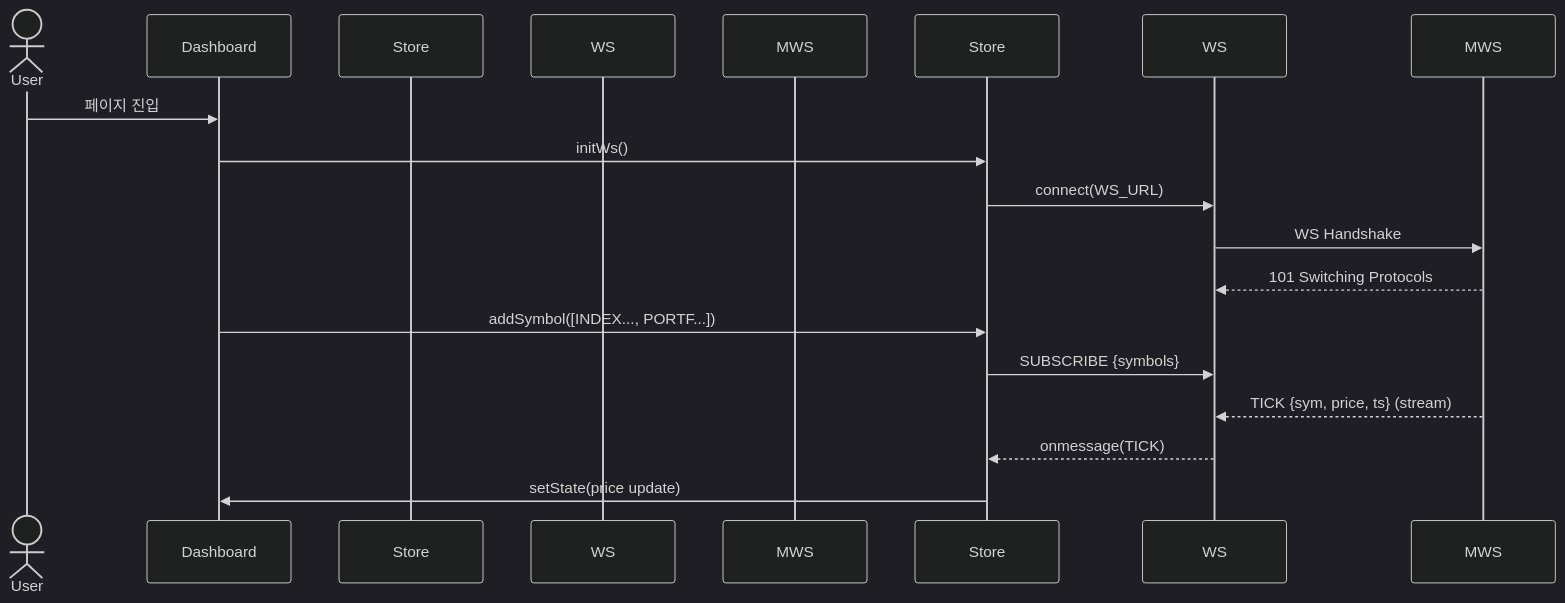
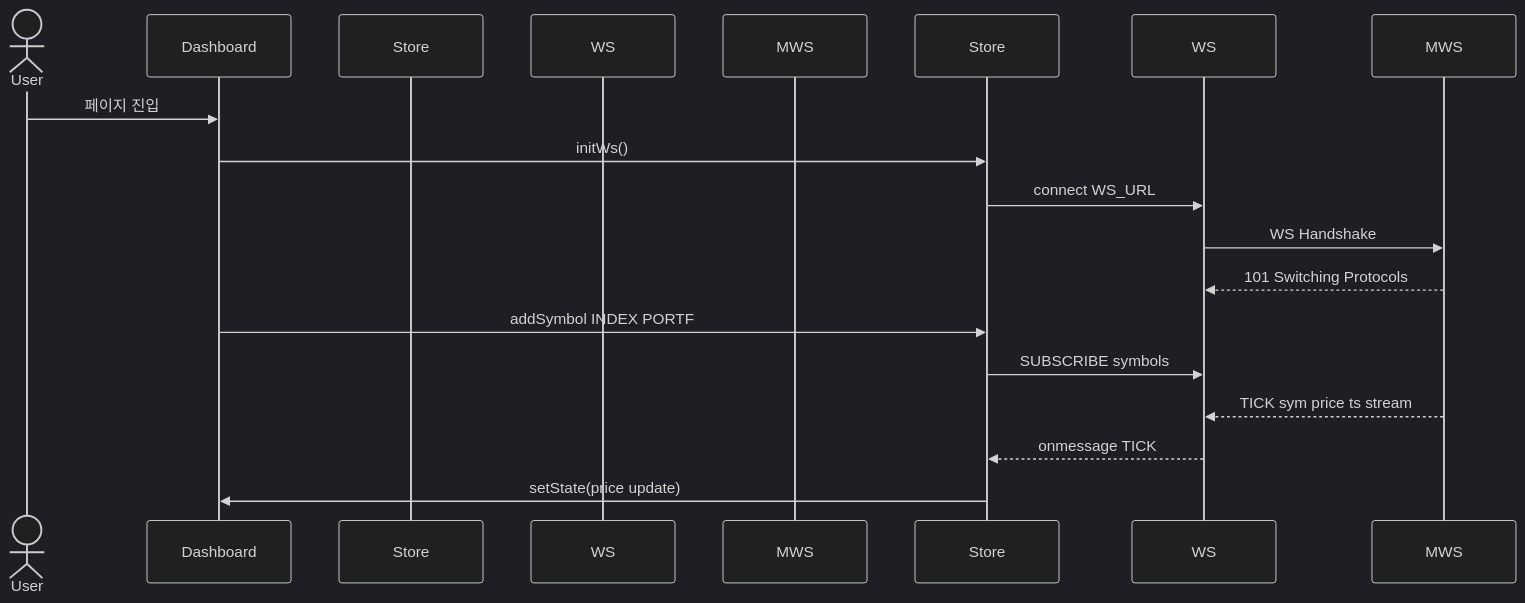
One commit to SKNETWORKS-FAMILY-AICAMP/SKN12-FINAL-2TEAM changed diagram 13 of 31 in FRONTEND_UML_SPECIFICATION.md. Above: the diagram before and after it, drawn with Mermaid (dark theme). The commit also changed other lines of this file, not shown here.

````diff
--- a/FRONTEND_UML_SPECIFICATION.md
+++ b/FRONTEND_UML_SPECIFICATION.md
@@ -650,19 +650,19 @@
 ```mermaid
 sequenceDiagram
     actor User
     participant Dashboard
     participant NasdaqStocksStore as Store
     participant WSClient as WS
     participant Broker as MWS
     
     User->>Dashboard: 페이지 진입
     Dashboard->>Store: initWs()
-    Store->>WS: connect(WS_URL)
+    Store->>WS: connect WS_URL
     WS->>MWS: WS Handshake
     MWS-->>WS: 101 Switching Protocols
-    Dashboard->>Store: addSymbol([INDEX..., PORTF...])
-    Store->>WS: SUBSCRIBE {symbols}
-    MWS-->>WS: TICK {sym, price, ts} (stream)
-    WS-->>Store: onmessage(TICK)
+    Dashboard->>Store: addSymbol INDEX PORTF
+    Store->>WS: SUBSCRIBE symbols
+    MWS-->>WS: TICK sym price ts stream
+    WS-->>Store: onmessage TICK
     Store->>Dashboard: setState(price update)
 ```
````
